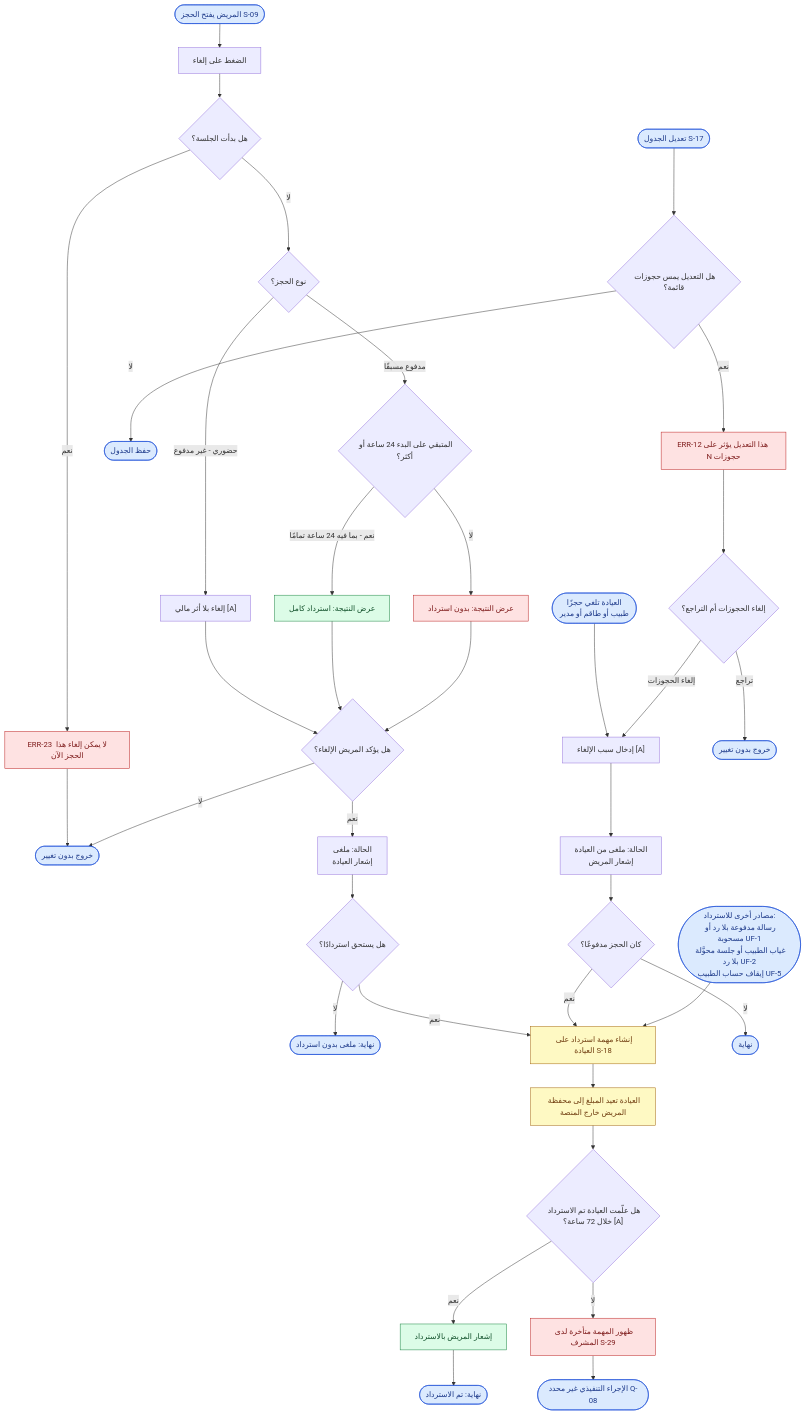
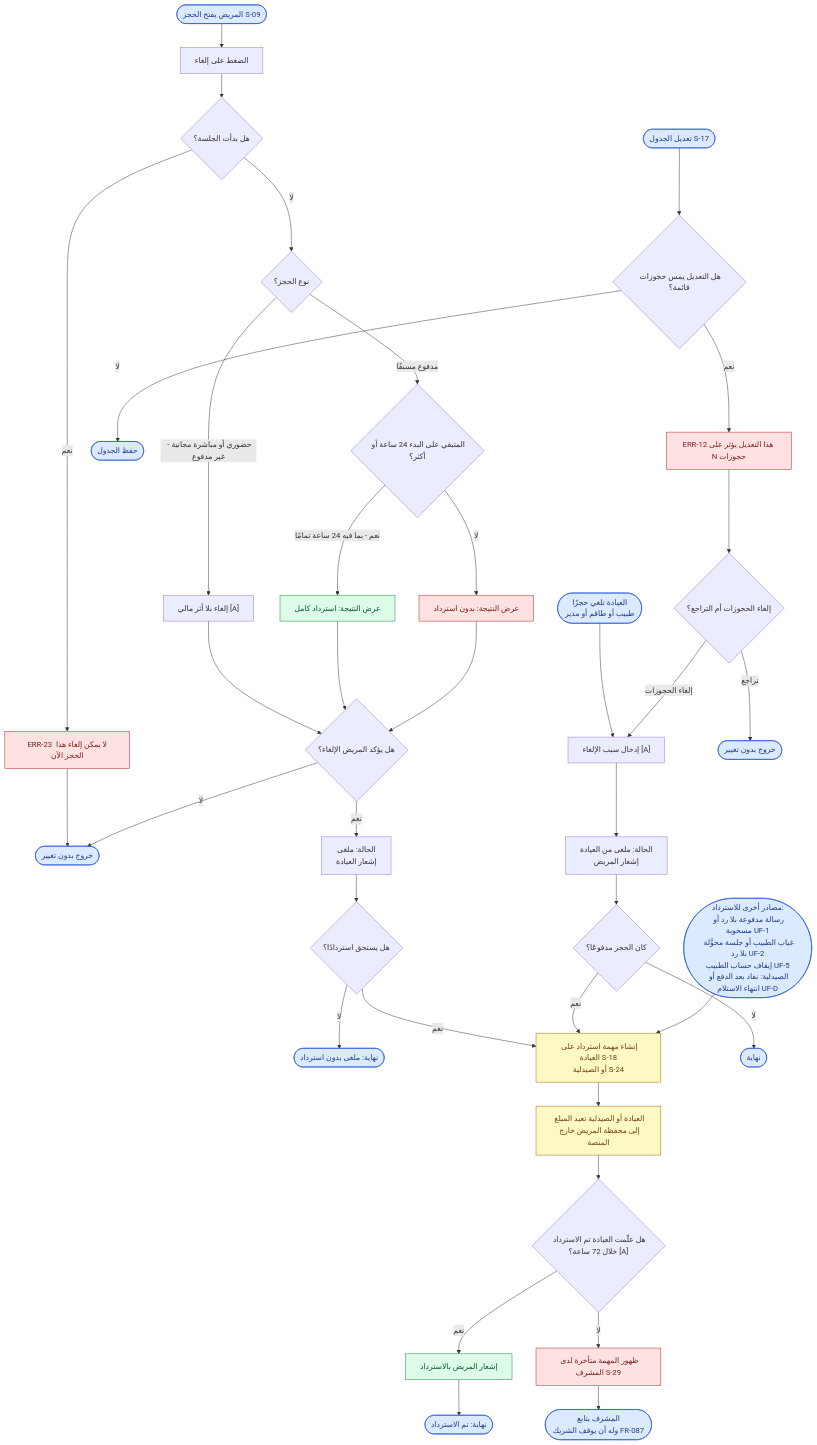
The ninth of 12 diagrams in docs/user-flow.ar.md (foxamoca/iltiam), drawn with Mermaid before and after one commit. The commit also changed other lines of this file and 8 other files, not shown here.

First line of the commit message:
docs: apply owner answers (PRD v1.2) to PRD, PDFs, flows, UI/UX and domain model

````diff
--- a/docs/user-flow.ar.md
+++ b/docs/user-flow.ar.md
@@ -614,50 +622,50 @@
 ```mermaid
 flowchart TD
     PSTART(["المريض يفتح الحجز S-09"]) --> PCAN["الضغط على إلغاء"]
     PCAN --> STARTED{"هل بدأت الجلسة؟"}
     STARTED -->|"نعم"| ERR23["ERR-23 لا يمكن إلغاء هذا الحجز الآن"]
     ERR23 --> PX(["خروج بدون تغيير"])
     STARTED -->|"لا"| TYPE{"نوع الحجز؟"}
-    TYPE -->|"حضوري - غير مدفوع"| INP["إلغاء بلا أثر مالي [A]"]
+    TYPE -->|"حضوري أو مباشرة مجانية - غير مدفوع"| INP["إلغاء بلا أثر مالي [A]"]
     INP --> PCONF
     TYPE -->|"مدفوع مسبقًا"| TIME{"المتبقي على البدء 24 ساعة أو أكثر؟"}
     TIME -->|"نعم - بما فيه 24 ساعة تمامًا"| SHOWR["عرض النتيجة: استرداد كامل"]
     TIME -->|"لا"| SHOWN["عرض النتيجة: بدون استرداد"]
     SHOWR --> PCONF{"هل يؤكد المريض الإلغاء؟"}
     SHOWN --> PCONF
     PCONF -->|"لا"| PX
     PCONF -->|"نعم"| CANCELLED["الحالة: ملغى<br/>إشعار العيادة"]
     CANCELLED --> NEEDR{"هل يستحق استردادًا؟"}
     NEEDR -->|"لا"| DONE0(["نهاية: ملغى بدون استرداد"])
     NEEDR -->|"نعم"| TASK
 
     CSTART(["العيادة تلغي حجزًا<br/>طبيب أو طاقم أو مدير"]) --> CREASON["إدخال سبب الإلغاء [A]"]
     SCHED(["تعديل الجدول S-17"]) --> CONFLICT{"هل التعديل يمس حجوزات قائمة؟"}
     CONFLICT -->|"لا"| SAVED(["حفظ الجدول"])
     CONFLICT -->|"نعم"| ERR12["ERR-12 هذا التعديل يؤثر على N حجوزات"]
     ERR12 --> SCHOICE{"إلغاء الحجوزات أم التراجع؟"}
     SCHOICE -->|"تراجع"| SAVED2(["خروج بدون تغيير"])
     SCHOICE -->|"إلغاء الحجوزات"| CREASON
     CREASON --> CCANC["الحالة: ملغى من العيادة<br/>إشعار المريض"]
     CCANC --> CPAID{"كان الحجز مدفوعًا؟"}
     CPAID -->|"لا"| DONE1(["نهاية"])
     CPAID -->|"نعم"| TASK
 
-    OTHERSRC(["مصادر أخرى للاسترداد:<br/>رسالة مدفوعة بلا رد أو مسحوبة UF-1<br/>غياب الطبيب أو جلسة محوَّلة بلا رد UF-2<br/>إيقاف حساب الطبيب UF-5"]) --> TASK
+    OTHERSRC(["مصادر أخرى للاسترداد:<br/>رسالة مدفوعة بلا رد أو مسحوبة UF-1<br/>غياب الطبيب أو جلسة محوَّلة بلا رد UF-2<br/>إيقاف حساب الطبيب UF-5<br/>الصيدلية: نفاد بعد الدفع أو انتهاء الاستلام UF-D"]) --> TASK
 
-    TASK["إنشاء مهمة استرداد على العيادة S-18"] --> REFUND["العيادة تعيد المبلغ إلى محفظة المريض خارج المنصة"]
+    TASK["إنشاء مهمة استرداد على العيادة S-18<br/>أو الصيدلية S-24"] --> REFUND["العيادة أو الصيدلية تعيد المبلغ إلى محفظة المريض خارج المنصة"]
     REFUND --> MARKED{"هل علّمت العيادة تم الاسترداد خلال 72 ساعة؟ [A]"}
     MARKED -->|"نعم"| NOTIFY["إشعار المريض بالاسترداد"]
     NOTIFY --> DONE2(["نهاية: تم الاسترداد"])
     MARKED -->|"لا"| OVERDUE["ظهور المهمة متأخرة لدى المشرف S-29"]
-    OVERDUE --> ENF(["الإجراء التنفيذي غير محدد Q-08"])
+    OVERDUE --> ENF(["المشرف يتابع<br/>وله أن يوقف الشريك FR-087"])
 
     classDef entry fill:#dbeafe,stroke:#1d4ed8,color:#1e3a8a
     classDef success fill:#dcfce7,stroke:#15803d,color:#14532d
     classDef error fill:#fee2e2,stroke:#b91c1c,color:#7f1d1d
     classDef pending fill:#fef9c3,stroke:#a16207,color:#713f12
     class PSTART,PX,DONE0,CSTART,SCHED,SAVED,SAVED2,DONE1,OTHERSRC,DONE2,ENF entry
     class NOTIFY,SHOWR success
     class ERR23,ERR12,OVERDUE,SHOWN error
     class TASK,REFUND pending
 ```
````
